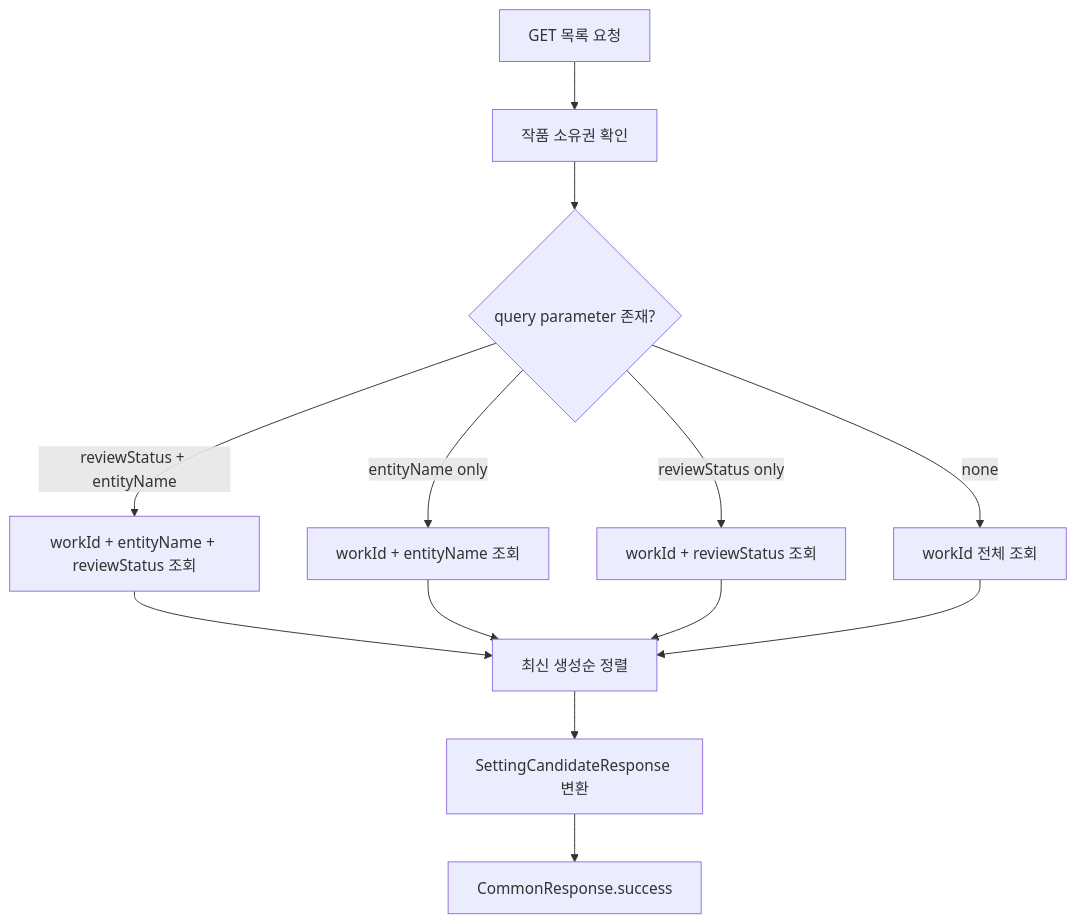
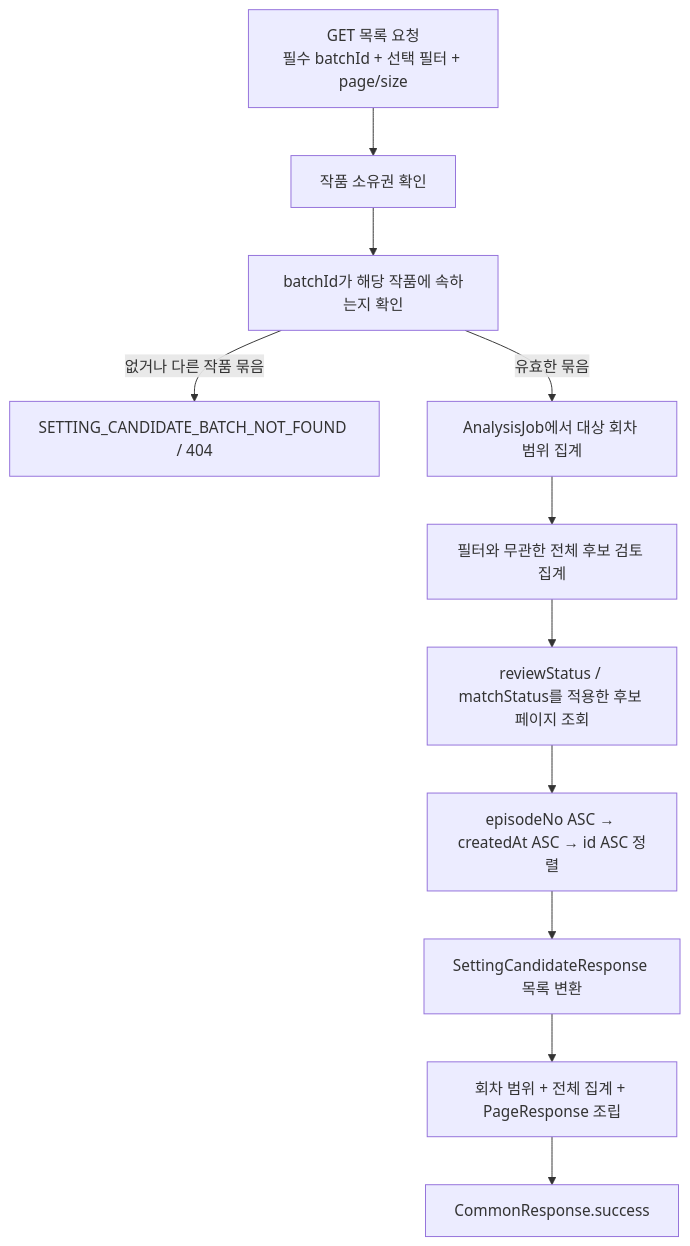
The fifth of 8 diagrams in docs/character.md (catchhole-soma/catchhole-backend-java), drawn with Mermaid before and after one commit. The commit also changed other lines of this file and 16 other files, not shown here.

First line of the commit message:
feat(setting-candidate): 업로드 묶음별 검토 조회를 추가한다

````diff
--- a/docs/character.md
+++ b/docs/character.md
@@ -724,18 +738,13 @@
 ```mermaid
 flowchart TD
-    A["GET 목록 요청"] --> B["작품 소유권 확인"]
-    B --> C{"query parameter 존재?"}
-
-    C -->|reviewStatus + entityName| D["workId + entityName + reviewStatus 조회"]
-    C -->|entityName only| E["workId + entityName 조회"]
-    C -->|reviewStatus only| F["workId + reviewStatus 조회"]
-    C -->|none| G["workId 전체 조회"]
-
-    D --> H["최신 생성순 정렬"]
-    E --> H
-    F --> H
-    G --> H
-
-    H --> I["SettingCandidateResponse 변환"]
+    A["GET 목록 요청<br/>필수 batchId + 선택 필터 + page/size"] --> B["작품 소유권 확인"]
+    B --> C["batchId가 해당 작품에 속하는지 확인"]
+    C -->|없거나 다른 작품 묶음| X["SETTING_CANDIDATE_BATCH_NOT_FOUND / 404"]
+    C -->|유효한 묶음| D["AnalysisJob에서 대상 회차 범위 집계"]
+    D --> E["필터와 무관한 전체 후보 검토 집계"]
+    E --> F["reviewStatus / matchStatus를 적용한 후보 페이지 조회"]
+    F --> G["episodeNo ASC → createdAt ASC → id ASC 정렬"]
+    G --> H["SettingCandidateResponse 목록 변환"]
+    H --> I["회차 범위 + 전체 집계 + PageResponse 조립"]
     I --> J["CommonResponse.success"]
 ```
````
